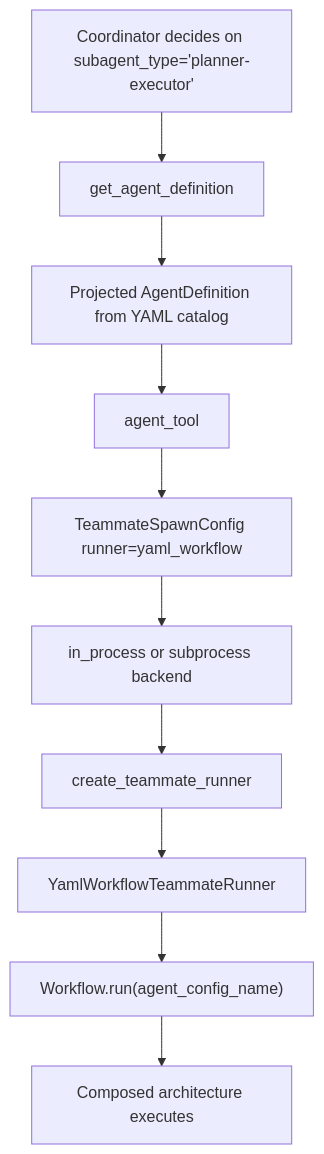
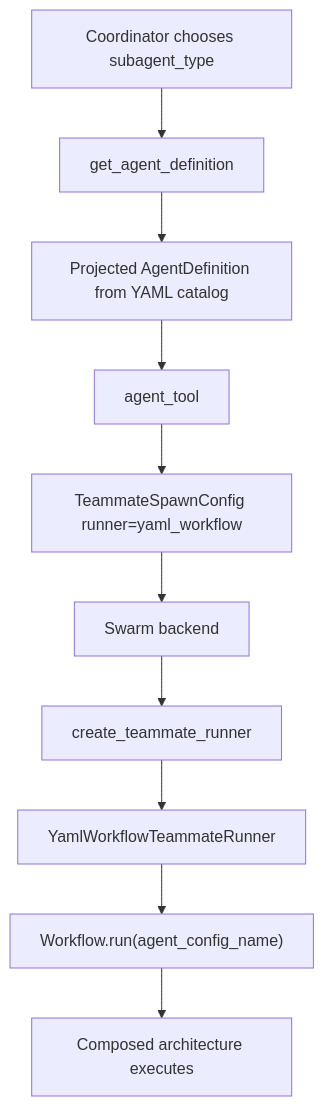
One commit to pierg/OpenHarness changed the third of 4 diagrams in docs/agent-system.md. Above: the diagram before and after it, drawn with Mermaid. The commit also changed other lines of this file and 19 other files, not shown here.

````diff
--- a/docs/agent-system.md
+++ b/docs/agent-system.md
@@ -434,12 +392,12 @@
 ```mermaid
 flowchart TD
-    A["Coordinator decides on subagent_type='planner-executor'"] --> B["get_agent_definition"]
+    A["Coordinator chooses subagent_type"] --> B["get_agent_definition"]
     B --> C["Projected AgentDefinition from YAML catalog"]
     C --> D["agent_tool"]
     D --> E["TeammateSpawnConfig runner=yaml_workflow"]
-    E --> F["in_process or subprocess backend"]
+    E --> F["Swarm backend"]
     F --> G["create_teammate_runner"]
     G --> H["YamlWorkflowTeammateRunner"]
     H --> I["Workflow.run(agent_config_name)"]
     I --> J["Composed architecture executes"]
 ```
````
